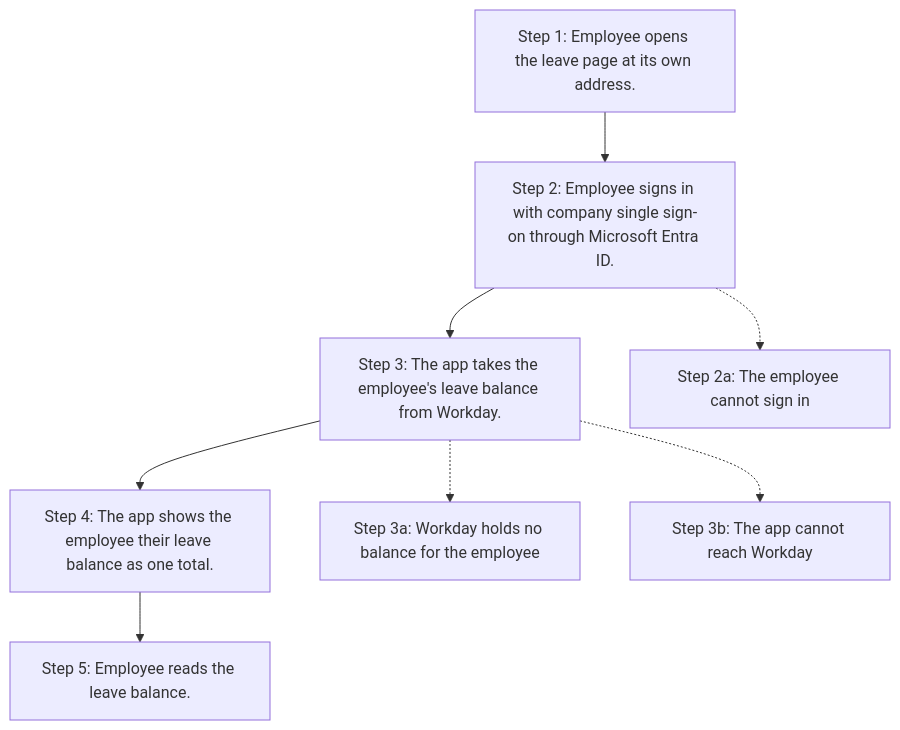
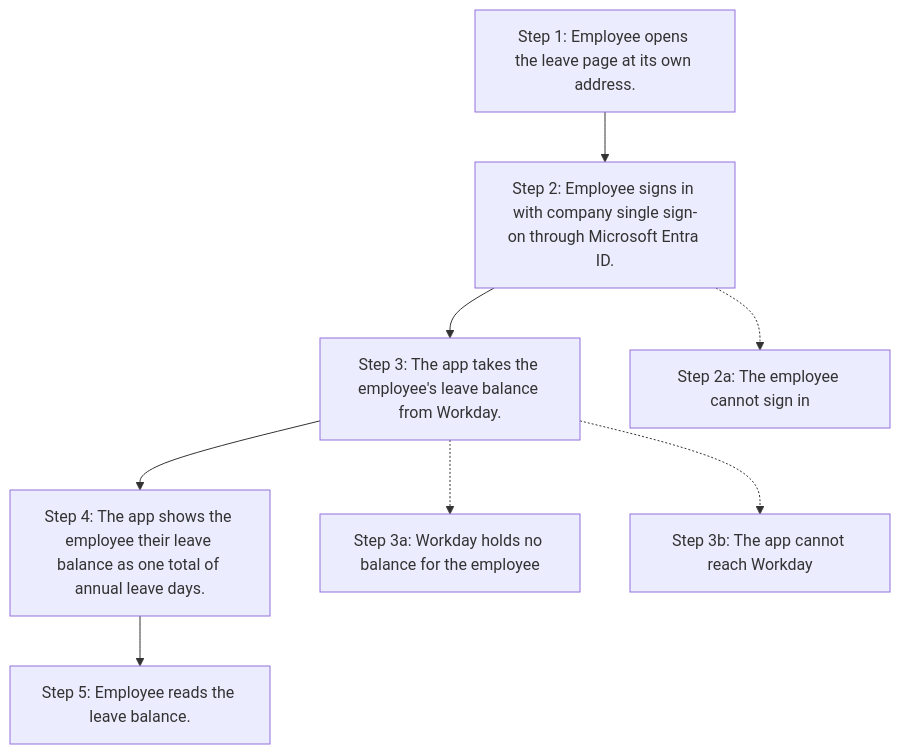
The fifth of 5 diagrams in zbrain-docs/requirements/user-journey.md (lhtshyamalshah/northstar-support-portal), drawn with Mermaid before and after one commit. The commit also changed other lines of this file and 1 other file, not shown here.

First line of the commit message:
docs(requirements): document leave and order design decisions

````diff
--- a/zbrain-docs/requirements/user-journey.md
+++ b/zbrain-docs/requirements/user-journey.md
@@ -132,10 +132,10 @@
 ```mermaid
 flowchart TD
   s1["Step 1: Employee opens the leave page at its own address."] --> s2["Step 2: Employee signs in with company single sign-on through Microsoft Entra ID."]
   s2 --> s3["Step 3: The app takes the employee's leave balance from Workday."]
-  s3 --> s4["Step 4: The app shows the employee their leave balance as one total."]
+  s3 --> s4["Step 4: The app shows the employee their leave balance as one total of annual leave days."]
   s4 --> s5["Step 5: Employee reads the leave balance."]
   s2 -.-> x2a["Step 2a: The employee cannot sign in"]
   s3 -.-> x3a["Step 3a: Workday holds no balance for the employee"]
   s3 -.-> x3b["Step 3b: The app cannot reach Workday"]
 ```
````
